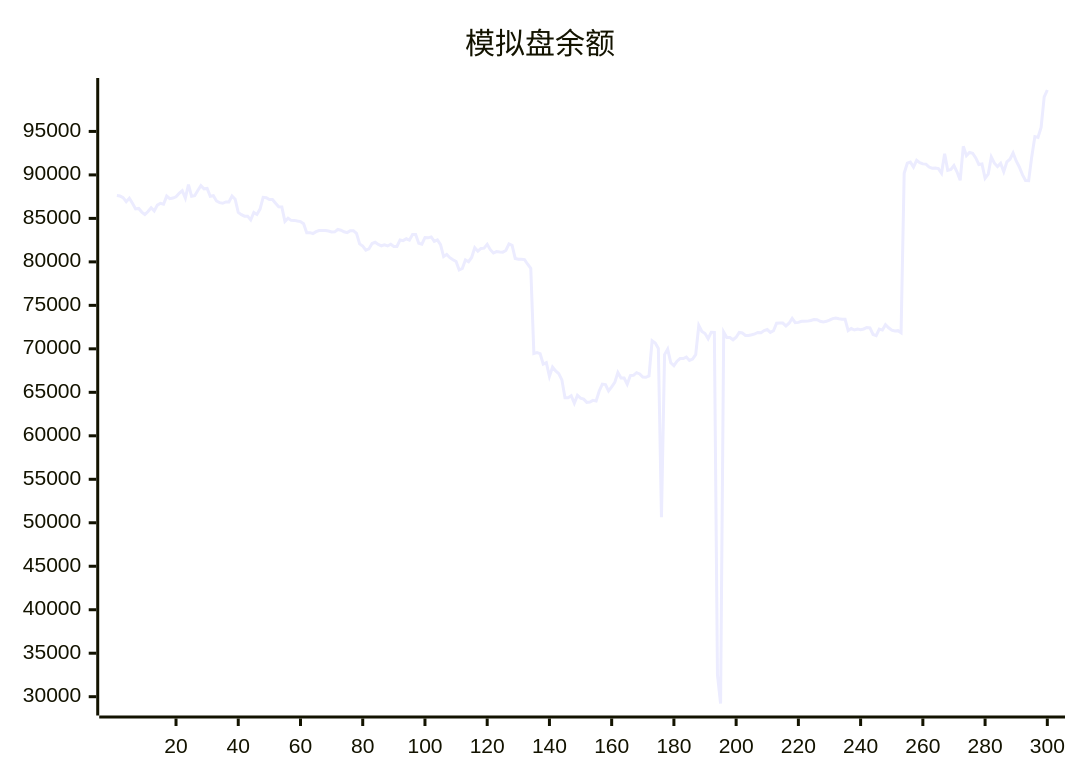
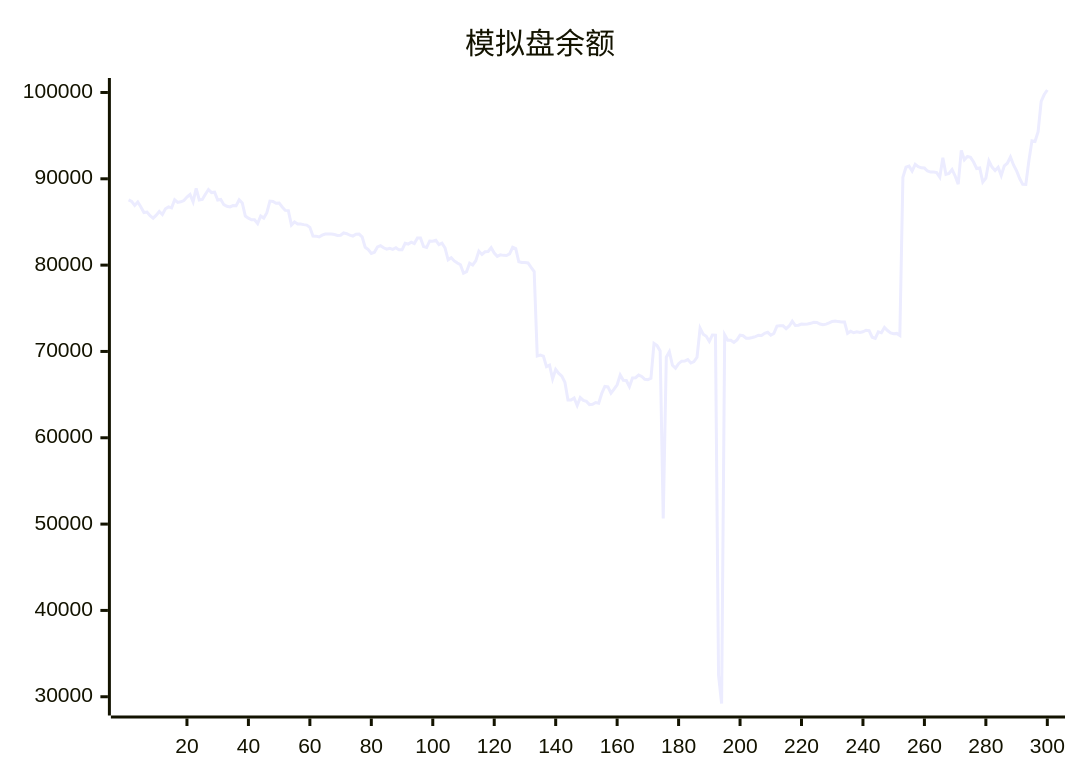
Before and after one commit to aahl/ai-trading: the diagram in README.md, drawn with Mermaid. The commit also changed other lines of this file and 1 other file, not shown here.

````diff
--- a/README.md
+++ b/README.md
@@ -5,5 +5,5 @@
 ```mermaid
 xychart
     title "模拟盘余额"
-    line [87625,87568,87386,86920,87313,86737,86094,86143,85725,85437,85787,86219,85859,86526,86740,86630,87563,87264,87335,87483,87886,88180,87335,88894,87544,87608,88207,88755,88401,88444,87543,87608,87000,86810,86740,86894,86884,87576,87209,85686,85435,85251,85255,84820,85689,85453,86066,87420,87373,87161,87178,86740,86341,86315,84643,85012,84772,84768,84690,84635,84376,83360,83357,83259,83474,83608,83606,83602,83548,83440,83454,83724,83644,83464,83365,83590,83592,83275,82072,81806,81344,81492,82109,82254,82006,81848,81955,81829,82022,81769,81776,82522,82441,82656,82498,83144,83144,82150,82038,82797,82763,82872,82367,82536,81981,80612,80862,80484,80242,80034,79063,79245,80226,80016,80507,81625,81233,81544,81578,82016,81401,81019,81186,81130,81118,81306,82066,81909,80392,80304,80291,80258,79729,79261,69466,69579,69456,68251,68415,66832,67911,67462,67144,66432,64380,64375,64606,63740,64647,64324,64216,63842,63877,64078,64008,65156,65945,65888,65157,65625,66144,67284,66653,66639,65924,66925,66956,67263,67108,66766,66729,66886,70927,70673,70049,50652,69334,69973,68400,68061,68578,68876,68879,69055,68662,68822,69329,72687,71999,71760,71162,71911,71896,32500,29218,71927,71297,71305,71044,71337,71883,71822,71536,71536,71622,71723,71880,71860,72100,72216,71887,72077,72940,72976,72966,72638,72948,73497,73004,73041,73173,73160,73186,73258,73375,73351,73173,73098,73161,73305,73474,73536,73457,73413,73412,72100,72333,72164,72272,72204,72285,72461,72421,71652,71521,72267,72157,72774,72424,72144,72060,72091,71858,90185,91338,91466,90900,91678,91404,91268,91244,90903,90779,90787,90721,90187,92429,90518,90619,91070,90328,89376,93286,92202,92581,92485,91947,91196,91259,89619,90086,92063,91355,90950,91327,90373,91498,91800,92531,91603,90910,90031,89351,89334,92097,94406,94315,95455,98972,99763]
+    line [87568,87386,86920,87313,86737,86094,86143,85725,85437,85787,86219,85859,86526,86740,86630,87563,87264,87335,87483,87886,88180,87335,88894,87544,87608,88207,88755,88401,88444,87543,87608,87000,86810,86740,86894,86884,87576,87209,85686,85435,85251,85255,84820,85689,85453,86066,87420,87373,87161,87178,86740,86341,86315,84643,85012,84772,84768,84690,84635,84376,83360,83357,83259,83474,83608,83606,83602,83548,83440,83454,83724,83644,83464,83365,83590,83592,83275,82072,81806,81344,81492,82109,82254,82006,81848,81955,81829,82022,81769,81776,82522,82441,82656,82498,83144,83144,82150,82038,82797,82763,82872,82367,82536,81981,80612,80862,80484,80242,80034,79063,79245,80226,80016,80507,81625,81233,81544,81578,82016,81401,81019,81186,81130,81118,81306,82066,81909,80392,80304,80291,80258,79729,79261,69466,69579,69456,68251,68415,66832,67911,67462,67144,66432,64380,64375,64606,63740,64647,64324,64216,63842,63877,64078,64008,65156,65945,65888,65157,65625,66144,67284,66653,66639,65924,66925,66956,67263,67108,66766,66729,66886,70927,70673,70049,50652,69334,69973,68400,68061,68578,68876,68879,69055,68662,68822,69329,72687,71999,71760,71162,71911,71896,32500,29218,71927,71297,71305,71044,71337,71883,71822,71536,71536,71622,71723,71880,71860,72100,72216,71887,72077,72940,72976,72966,72638,72948,73497,73004,73041,73173,73160,73186,73258,73375,73351,73173,73098,73161,73305,73474,73536,73457,73413,73412,72100,72333,72164,72272,72204,72285,72461,72421,71652,71521,72267,72157,72774,72424,72144,72060,72091,71858,90185,91338,91466,90900,91678,91404,91268,91244,90903,90779,90787,90721,90187,92429,90518,90619,91070,90328,89376,93286,92202,92581,92485,91947,91196,91259,89619,90086,92063,91355,90950,91327,90373,91498,91800,92531,91603,90910,90031,89351,89334,92097,94406,94315,95455,98972,99763,100286]
 ```
````
